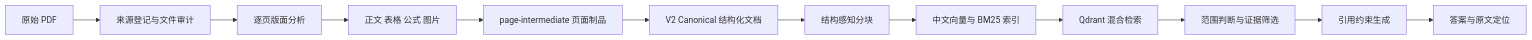
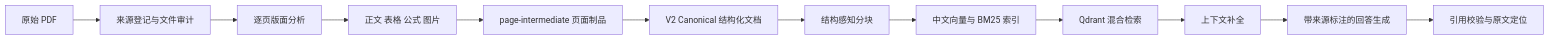
The diagram in README.md (weixiaocan/env-reg-rag), drawn with Mermaid before and after one commit. The commit also changed other lines of this file and 426 other files, not shown here.

````diff
--- a/README.md
+++ b/README.md
@@ -23,14 +23,14 @@
 ```mermaid
 flowchart LR
     A[原始 PDF] --> B[来源登记与文件审计]
     B --> C[逐页版面分析]
     C --> D[正文 表格 公式 图片]
     D --> E[page-intermediate 页面制品]
     E --> F[V2 Canonical 结构化文档]
     F --> G[结构感知分块]
     G --> H[中文向量与 BM25 索引]
     H --> I[Qdrant 混合检索]
-    I --> J[范围判断与证据筛选]
-    J --> K[引用约束生成]
-    K --> L[答案与原文定位]
+    I --> J[上下文补全]
+    J --> K[带来源标注的回答生成]
+    K --> L[引用校验与原文定位]
 ```
````
